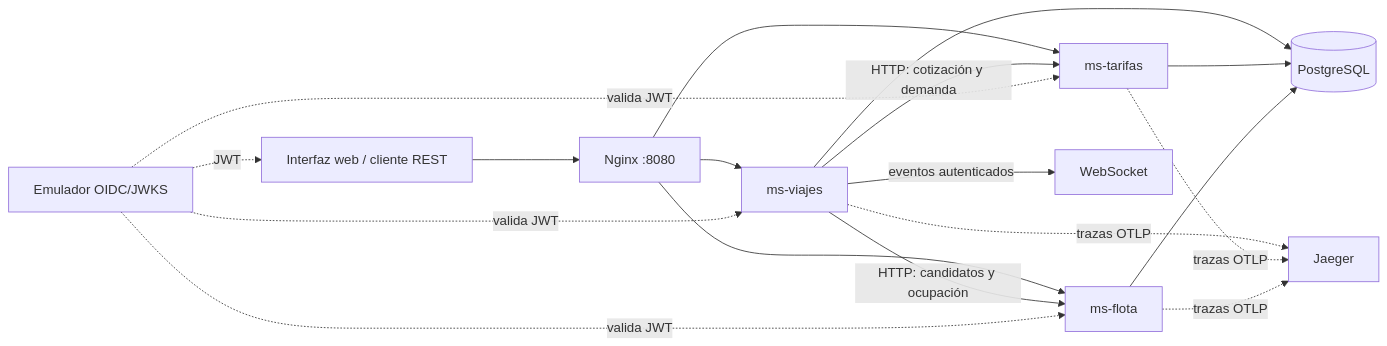
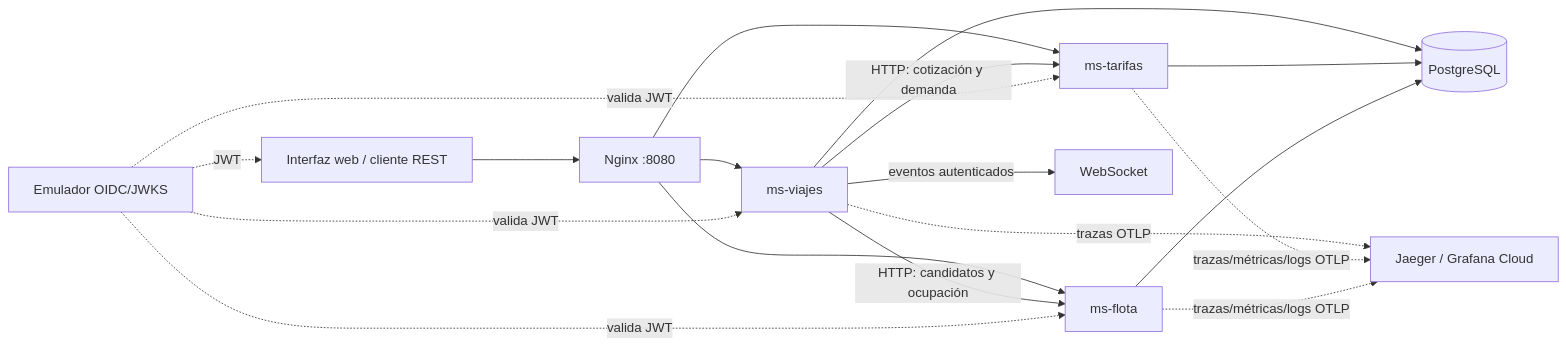
One commit to FabioIgnacioNavarro/repo-appweb-viajes-grupo1 changed the diagram in docs/informe.md. Above: the diagram before and after it, drawn with Mermaid. The commit also changed other lines of this file and 2 other files, not shown here.

````diff
--- a/docs/informe.md
+++ b/docs/informe.md
@@ -16,20 +16,20 @@
 ```mermaid
 flowchart LR
   Navegador[Interfaz web / cliente REST] --> Gateway[Nginx :8080]
   Gateway --> Viajes[ms-viajes]
   Gateway --> Tarifas[ms-tarifas]
   Gateway --> Flota[ms-flota]
   Viajes -->|HTTP: cotización y demanda| Tarifas
   Viajes -->|HTTP: candidatos y ocupación| Flota
   Viajes --> DB[(PostgreSQL)]
   Tarifas --> DB
   Flota --> DB
   Auth[Emulador OIDC/JWKS] -. JWT .-> Navegador
   Auth -. valida JWT .-> Viajes
   Auth -. valida JWT .-> Tarifas
   Auth -. valida JWT .-> Flota
   Viajes -->|eventos autenticados| WS[WebSocket]
-  Viajes -. trazas OTLP .-> Jaeger[Jaeger]
-  Tarifas -. trazas OTLP .-> Jaeger
-  Flota -. trazas OTLP .-> Jaeger
+  Viajes -. trazas OTLP .-> Jaeger[Jaeger / Grafana Cloud]
+  Tarifas -. trazas/métricas/logs OTLP .-> Jaeger
+  Flota -. trazas/métricas/logs OTLP .-> Jaeger
 ```
````
